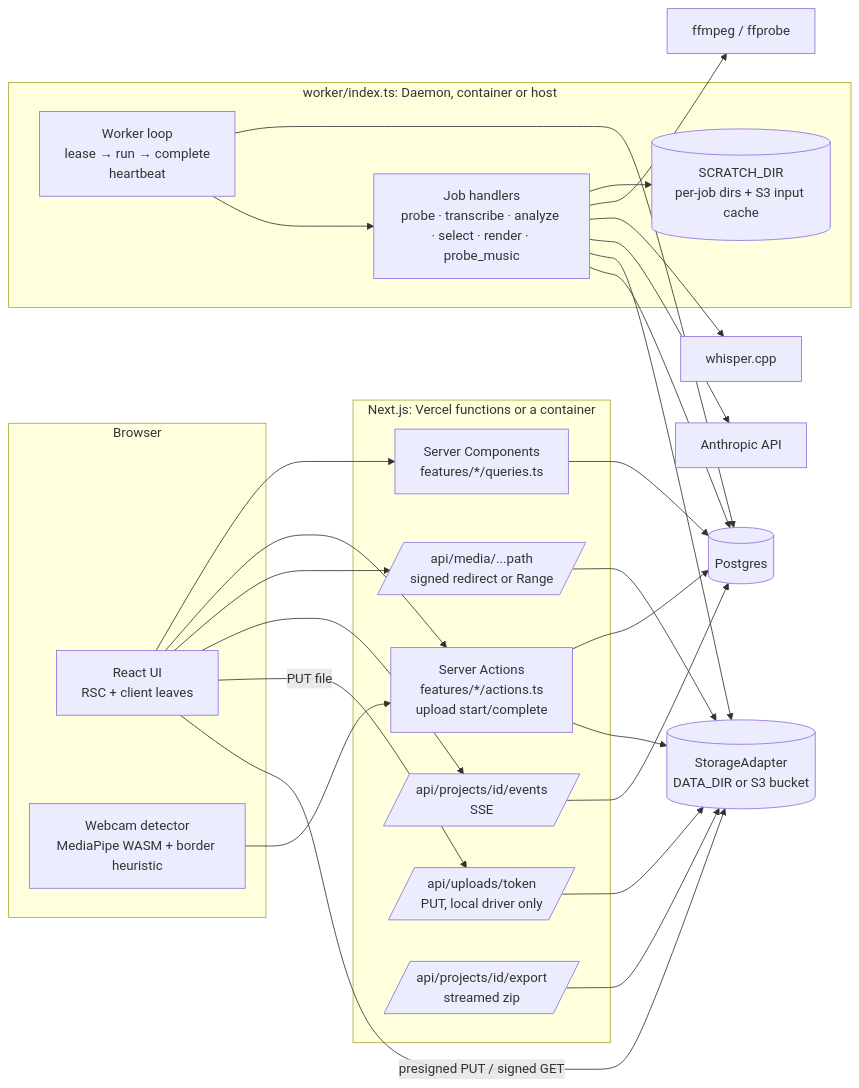
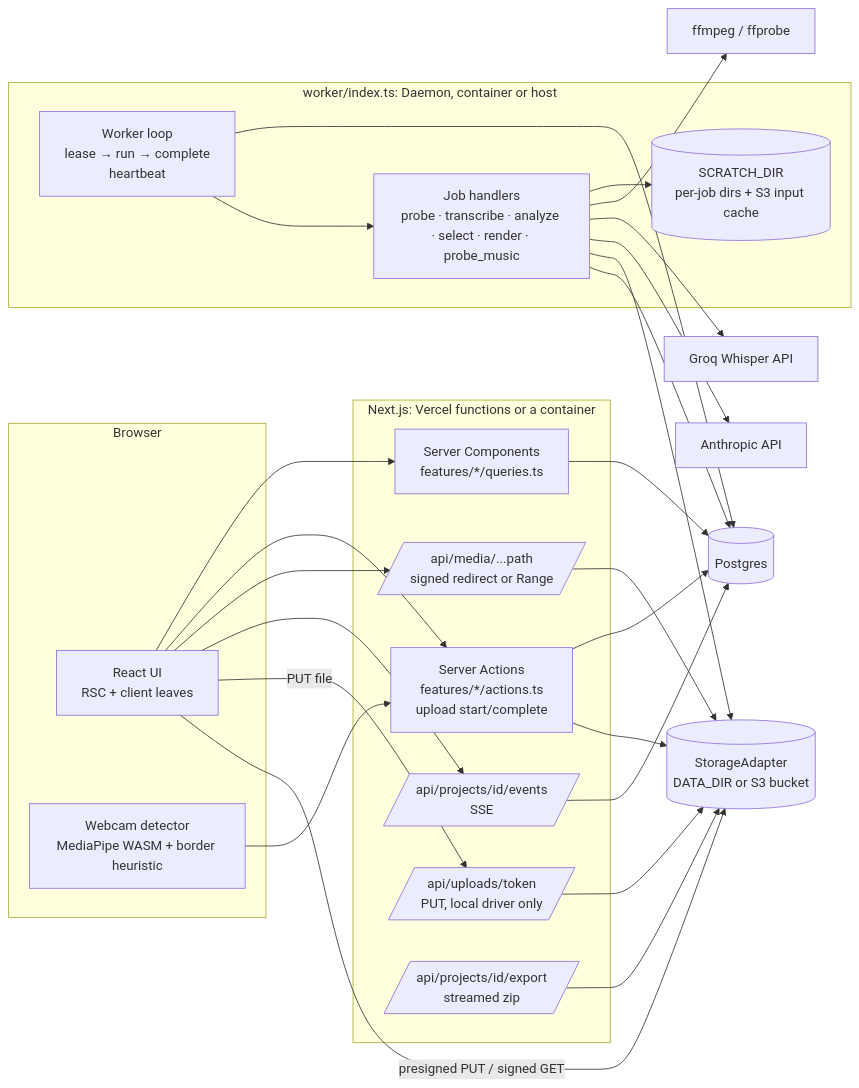
One commit to gabrielccarvalho/nimbus changed the first of 2 diagrams in docs/ARCHITECTURE.md. Above: the diagram before and after it, drawn with Mermaid. The commit also changed other lines of this file and 63 other files, not shown here.

First line of the commit message:
feat(transcription): Groq Whisper with the workspace's key, skipped without one

````diff
--- a/docs/ARCHITECTURE.md
+++ b/docs/ARCHITECTURE.md
@@ -9,39 +9,39 @@
 ```mermaid
 flowchart LR
   subgraph Browser
     UI[React UI<br/>RSC + client leaves]
     WD[Webcam detector<br/>MediaPipe WASM + border heuristic]
   end
 
   subgraph Next[Next.js: Vercel functions or a container]
     RSC[Server Components<br/>features/*/queries.ts]
     SA[Server Actions<br/>features/*/actions.ts<br/>upload start/complete]
     UP[/api/uploads/token<br/>PUT, local driver only/]
     MD[/api/media/...path<br/>signed redirect or Range/]
     SSE[/api/projects/id/events<br/>SSE/]
     ZIP[/api/projects/id/export<br/>streamed zip/]
   end
 
   subgraph Worker[worker/index.ts: Daemon, container or host]
     WL[Worker loop<br/>lease → run → complete<br/>heartbeat]
     H[Job handlers<br/>probe · transcribe · analyze · select · render · probe_music]
     SC[(SCRATCH_DIR<br/>per-job dirs + S3 input cache)]
   end
 
   DB[(Postgres)]
   ST[(StorageAdapter<br/>DATA_DIR or S3 bucket)]
   FF[ffmpeg / ffprobe]
-  WH[whisper.cpp]
+  WH[Groq Whisper API]
   AN[Anthropic API]
 
   UI --> RSC & SA & MD & SSE
   UI -- PUT file --> UP
   UI -- presigned PUT / signed GET --> ST
   WD --> SA
   RSC & SA & SSE --> DB
   SA & UP & MD & ZIP --> ST
   WL --> DB
   WL --> H
   H --> SC
   H --> FF & WH & AN & ST & DB
 ```
````
